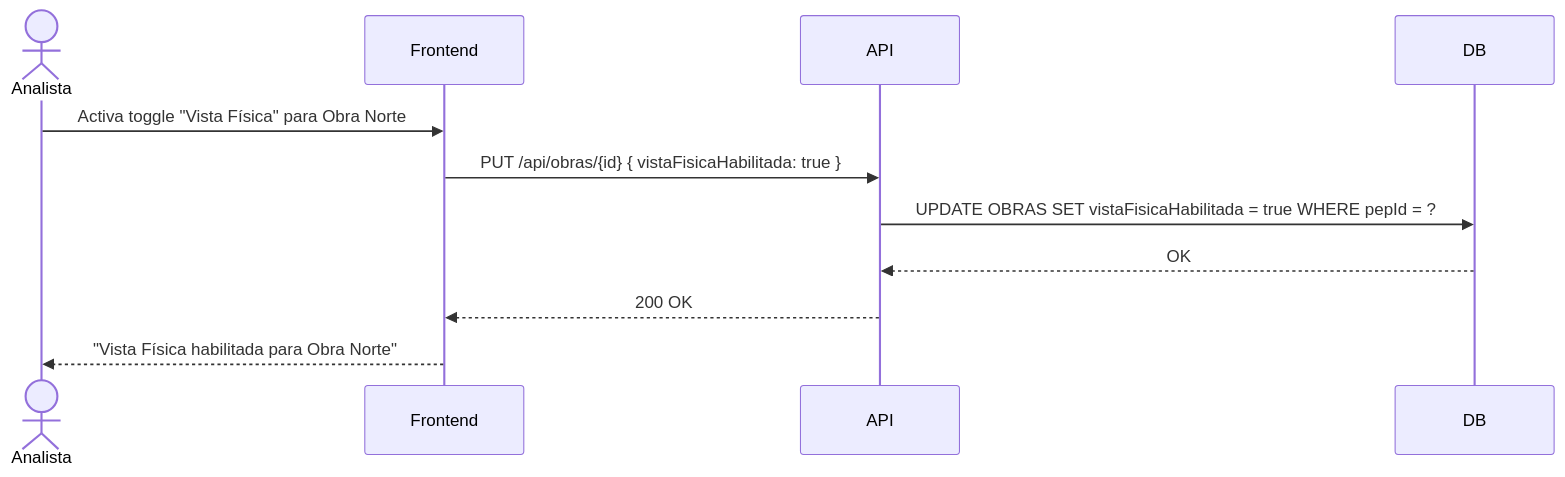
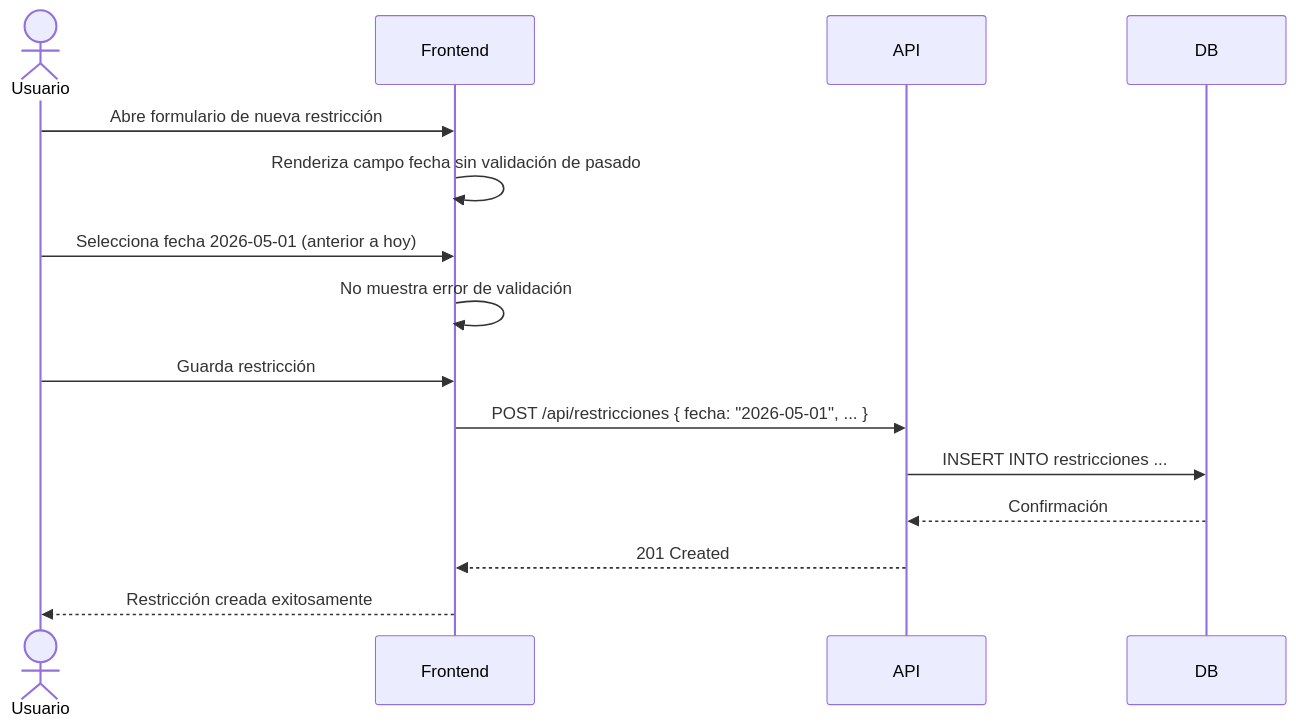
One commit to syntaxiscorp/syntaxis-ai-specs changed the diagram in ai-specs/backlog/us-009.md. Above: the diagram before and after it, drawn with Mermaid. The commit also changed other lines of this file and 53 other files, not shown here.

````diff
--- a/ai-specs/backlog/us-009.md
+++ b/ai-specs/backlog/us-009.md
@@ -42,14 +35,17 @@
 ```mermaid
 sequenceDiagram
-    actor Analista
+    actor Usuario
     participant Frontend
     participant API
     participant DB
-
-    Analista->>Frontend: Activa toggle "Vista Física" para Obra Norte
-    Frontend->>API: PUT /api/obras/{id} { vistaFisicaHabilitada: true }
-    API->>DB: UPDATE OBRAS SET vistaFisicaHabilitada = true WHERE pepId = ?
-    DB-->>API: OK
-    API-->>Frontend: 200 OK
-    Frontend-->>Analista: "Vista Física habilitada para Obra Norte"
+    Usuario->>Frontend: Abre formulario de nueva restricción
+    Frontend->>Frontend: Renderiza campo fecha sin validación de pasado
+    Usuario->>Frontend: Selecciona fecha 2026-05-01 (anterior a hoy)
+    Frontend->>Frontend: No muestra error de validación
+    Usuario->>Frontend: Guarda restricción
+    Frontend->>API: POST /api/restricciones { fecha: "2026-05-01", ... }
+    API->>DB: INSERT INTO restricciones ...
+    DB-->>API: Confirmación
+    API-->>Frontend: 201 Created
+    Frontend-->>Usuario: Restricción creada exitosamente
 ```
````
